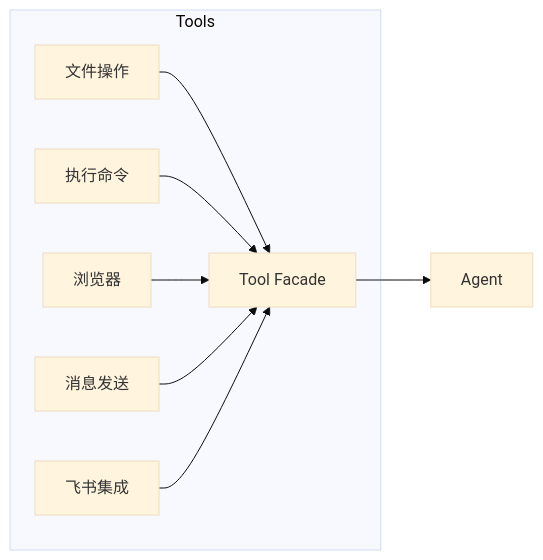
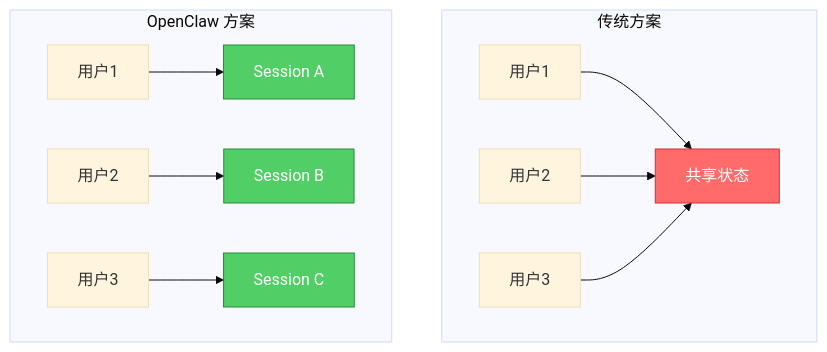
The fifth of 12 diagrams in _posts/2026-03-01-openclaw-agent-gateway.md (FreezeSoul/freezesoul.github.com), drawn with Mermaid (base theme) before and after one commit. The commit also changed other lines of this file, not shown here.

Commit message:
feat: 重写 OpenClaw 架构解析文章（技术深度版）

````diff
--- a/_posts/2026-03-01-openclaw-agent-gateway.md
+++ b/_posts/2026-03-01-openclaw-agent-gateway.md
@@ -202,12 +185,19 @@
 ```mermaid
-graph LR
-    subgraph Tools
-        A[文件操作] --> T[Tool Facade]
-        B[执行命令] --> T
-        C[浏览器] --> T
-        D[消息发送] --> T
-        E[飞书集成] --> T
+graph TD
+    subgraph 传统方案
+        A[用户1] --> S[共享状态]
+        B[用户2] --> S
+        C[用户3] --> S
     end
     
-    T --> Agent
+    subgraph OpenClaw 方案
+        D[用户1] --> S1[Session A]
+        E[用户2] --> S2[Session B]
+        F[用户3] --> S3[Session C]
+    end
+    
+    style S fill:#ff6b6b,stroke:#d32f2f,color:#fff
+    style S1 fill:#51cf66,stroke:#2b8a3e,color:#fff
+    style S2 fill:#51cf66,stroke:#2b8a3e,color:#fff
+    style S3 fill:#51cf66,stroke:#2b8a3e,color:#fff
 ```
````
